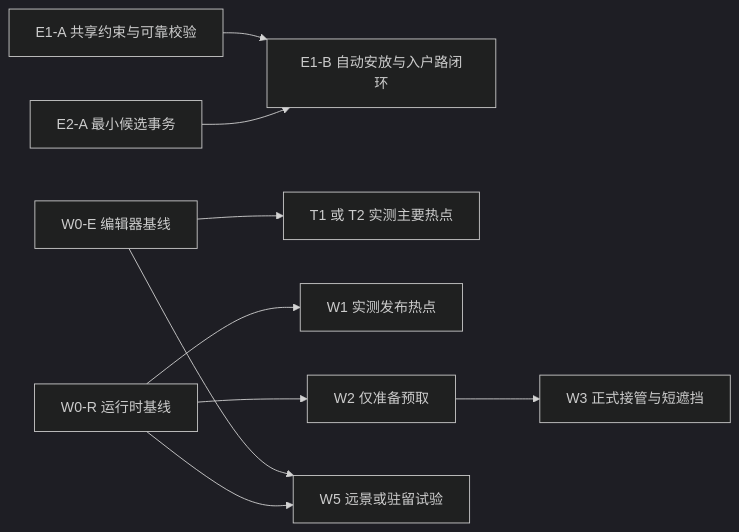
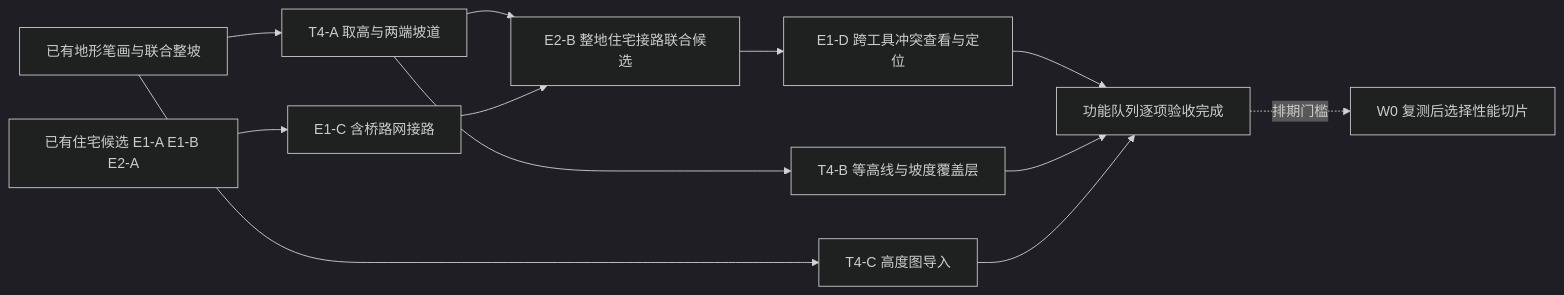
Before and after one commit to kasuganosora/rmmo: the first of 2 diagrams in docs/seamless_streaming_optimization_plan_20261014.md, drawn with Mermaid (dark theme). The commit also changed other lines of this file and 2 other files, not shown here.

````diff
--- a/docs/seamless_streaming_optimization_plan_20261014.md
+++ b/docs/seamless_streaming_optimization_plan_20261014.md
@@ -290,11 +302,14 @@
 ```mermaid
 flowchart LR
-    A[E1-A 共享约束与可靠校验] --> C[E1-B 自动安放与入户路闭环]
-    B[E2-A 最小候选事务] --> C
-    D[W0-E 编辑器基线] --> E[T1 或 T2 实测主要热点]
-    F[W0-R 运行时基线] --> G[W1 实测发布热点]
-    F --> H[W2 仅准备预取]
-    H --> I[W3 正式接管与短遮挡]
-    D --> J[W5 远景或驻留试验]
-    F --> J
+    A[已有地形笔画与联合整坡] --> B[T4-A 取高与两端坡道]
+    C[已有住宅候选 E1-A E1-B E2-A] --> D[E1-C 含桥路网接路]
+    B --> E[E2-B 整地住宅接路联合候选]
+    D --> E
+    E --> F[E1-D 跨工具冲突查看与定位]
+    B --> G[T4-B 等高线与坡度覆盖层]
+    A --> H[T4-C 高度图导入]
+    F --> I[功能队列逐项验收完成]
+    G --> I
+    H --> I
+    I -. 排期门槛 .-> J[W0 复测后选择性能切片]
 ```
````
